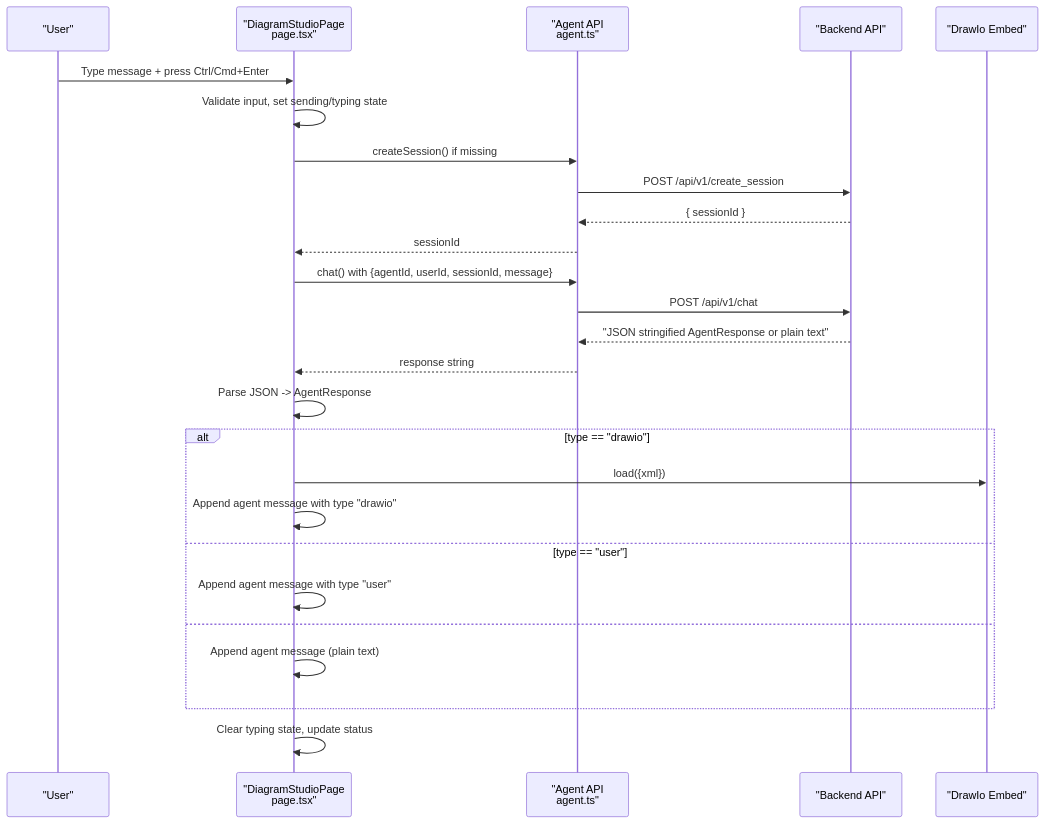
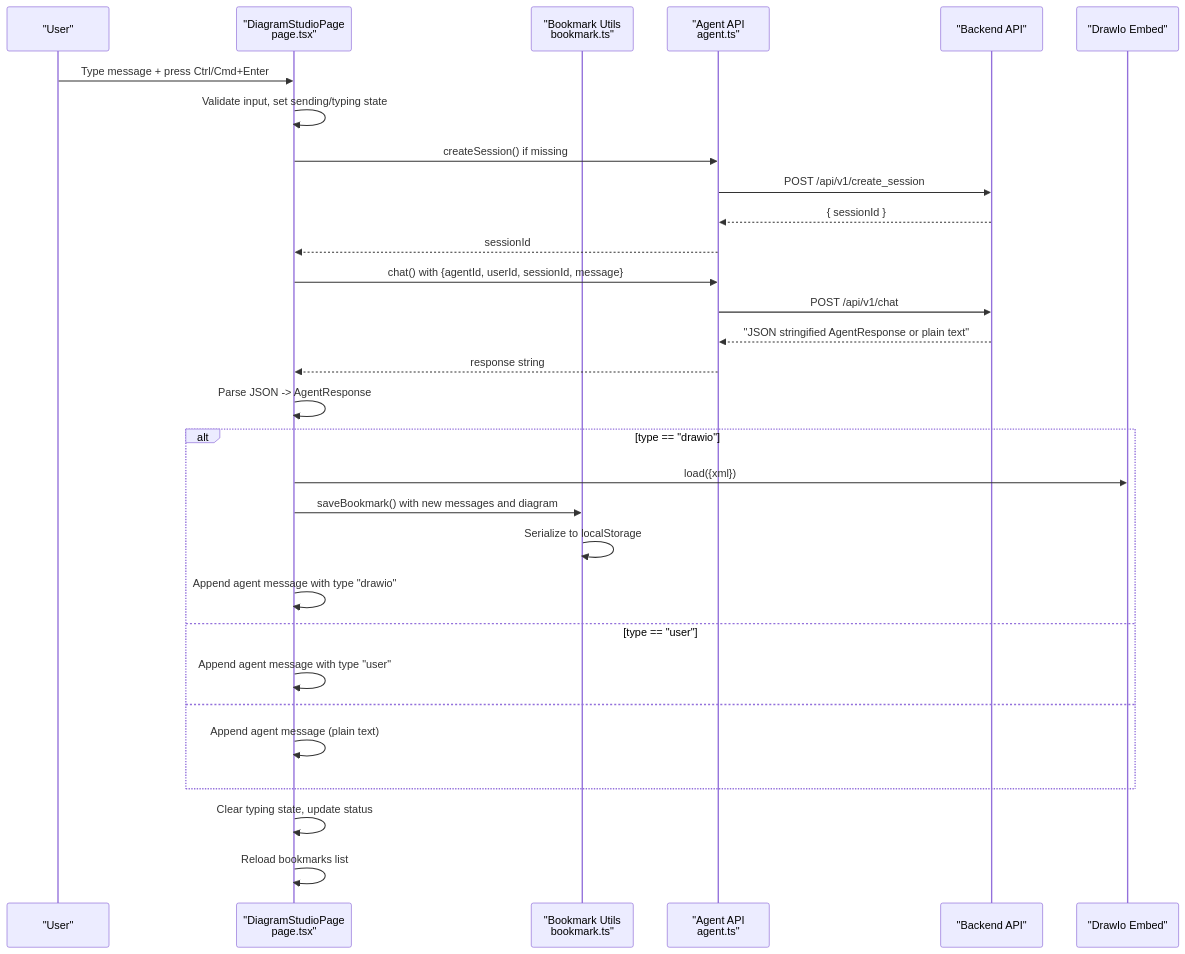
The second of 5 diagrams in .qoder/repowiki/en/content/Chat Interface.md (shrekboss/agent-draw-io-front), drawn with Mermaid before and after one commit. The commit also changed other lines of this file and 13 other files, not shown here.

Commit message:
feat(agent-draw-io-front): 优化交互式画图

````diff
--- a/.qoder/repowiki/en/content/Chat Interface.md
+++ b/.qoder/repowiki/en/content/Chat Interface.md
@@ -116,28 +141,32 @@
 ```mermaid
 sequenceDiagram
 participant U as "User"
 participant P as "DiagramStudioPage<br/>page.tsx"
+participant B as "Bookmark Utils<br/>bookmark.ts"
 participant A as "Agent API<br/>agent.ts"
 participant S as "Backend API"
 participant D as "DrawIo Embed"
 U->>P : Type message + press Ctrl/Cmd+Enter
 P->>P : Validate input, set sending/typing state
 P->>A : createSession() if missing
 A->>S : POST /api/v1/create_session
 S-->>A : { sessionId }
 A-->>P : sessionId
 P->>A : chat() with {agentId, userId, sessionId, message}
 A->>S : POST /api/v1/chat
 S-->>A : "JSON stringified AgentResponse or plain text"
 A-->>P : response string
 P->>P : Parse JSON -> AgentResponse
 alt type == "drawio"
 P->>D : load({xml})
+P->>B : saveBookmark() with new messages and diagram
+B->>B : Serialize to localStorage
 P->>P : Append agent message with type "drawio"
 else type == "user"
 P->>P : Append agent message with type "user"
 else
 P->>P : Append agent message (plain text)
 end
 P->>P : Clear typing state, update status
+P->>P : Reload bookmarks list
 ```
````
